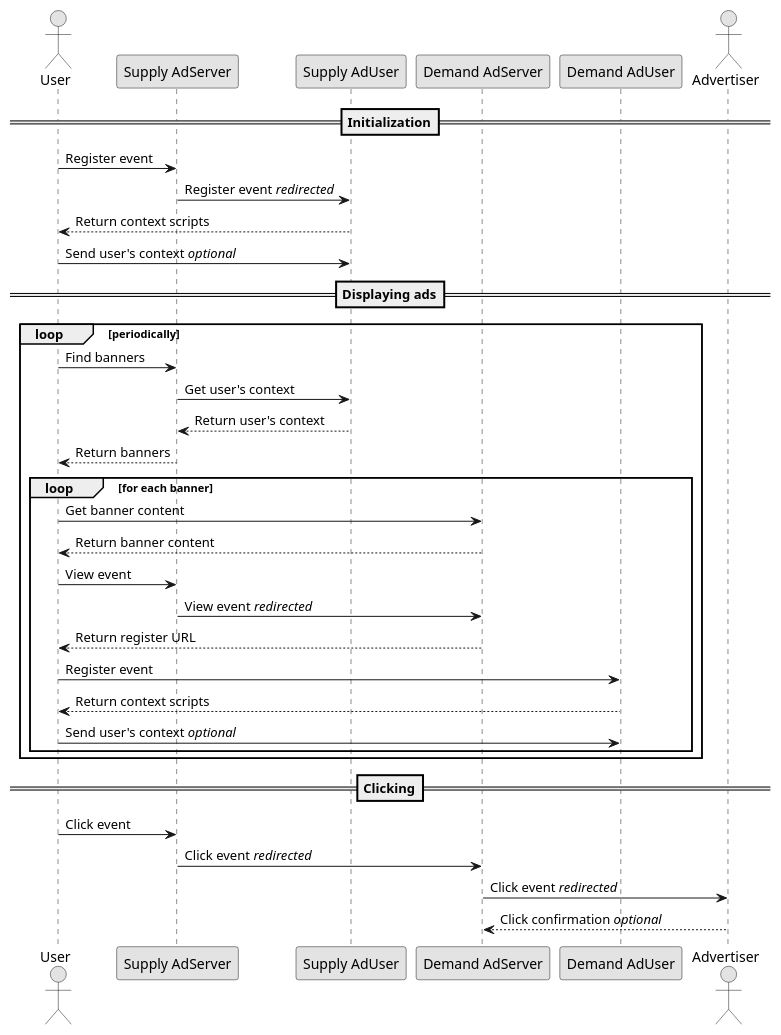
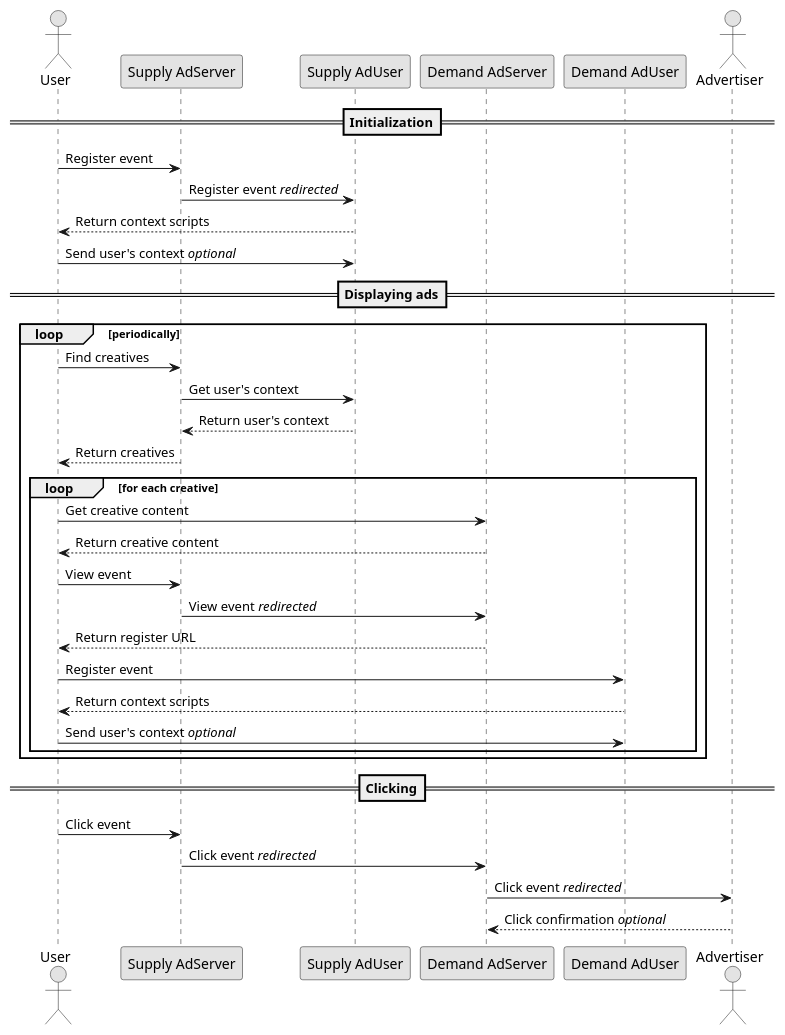
Before and after one commit to adshares/adshares-docs: the diagram in protocol/impressions/index.rst, drawn with PlantUML. The commit also changed 4 other files, not shown here.

```diff
--- a/protocol/impressions/index.rst
+++ b/protocol/impressions/index.rst
@@ -10,46 +10,46 @@
 .. uml::
     :align: center
 
     skinparam monochrome true
 
     actor       "User"              as user
     participant "Supply AdServer"   as supplyServer
     participant "Supply AdUser"     as supplyUser
     participant "Demand AdServer"   as demandServer
     participant "Demand AdUser"     as demandUser
     actor       "Advertiser"        as advertiser
 
     ==Initialization==
 
     user -> supplyServer : Register event
     supplyServer -> supplyUser : Register event //redirected//
     supplyUser --> user: Return context scripts
     user -> supplyUser: Send user's context //optional//
 
     ==Displaying ads==
 
     loop periodically
-        user -> supplyServer : Find banners
+        user -> supplyServer : Find creatives
         supplyServer -> supplyUser : Get user's context
         supplyUser --> supplyServer : Return user's context
-        supplyServer --> user : Return banners
+        supplyServer --> user : Return creatives
 
-        loop for each banner
-            user -> demandServer : Get banner content
-            demandServer --> user : Return banner content
+        loop for each creative
+            user -> demandServer : Get creative content
+            demandServer --> user : Return creative content
 
             user -> supplyServer : View event
             supplyServer -> demandServer: View event //redirected//
             demandServer --> user: Return register URL
             user -> demandUser : Register event
             demandUser --> user: Return context scripts
             user -> demandUser: Send user's context //optional//
         end
     end
 
     ==Clicking==
 
     user -> supplyServer : Click event
     supplyServer -> demandServer : Click event //redirected//
     demandServer -> advertiser : Click event //redirected//
     advertiser --> demandServer: Click confirmation //optional//
```
